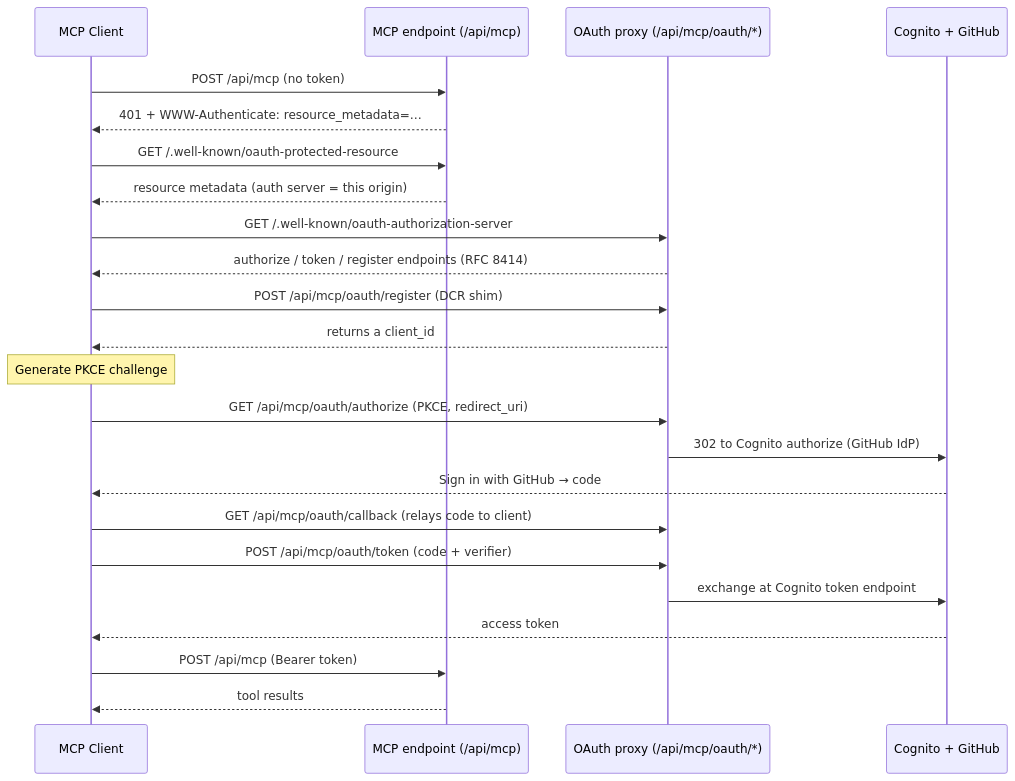
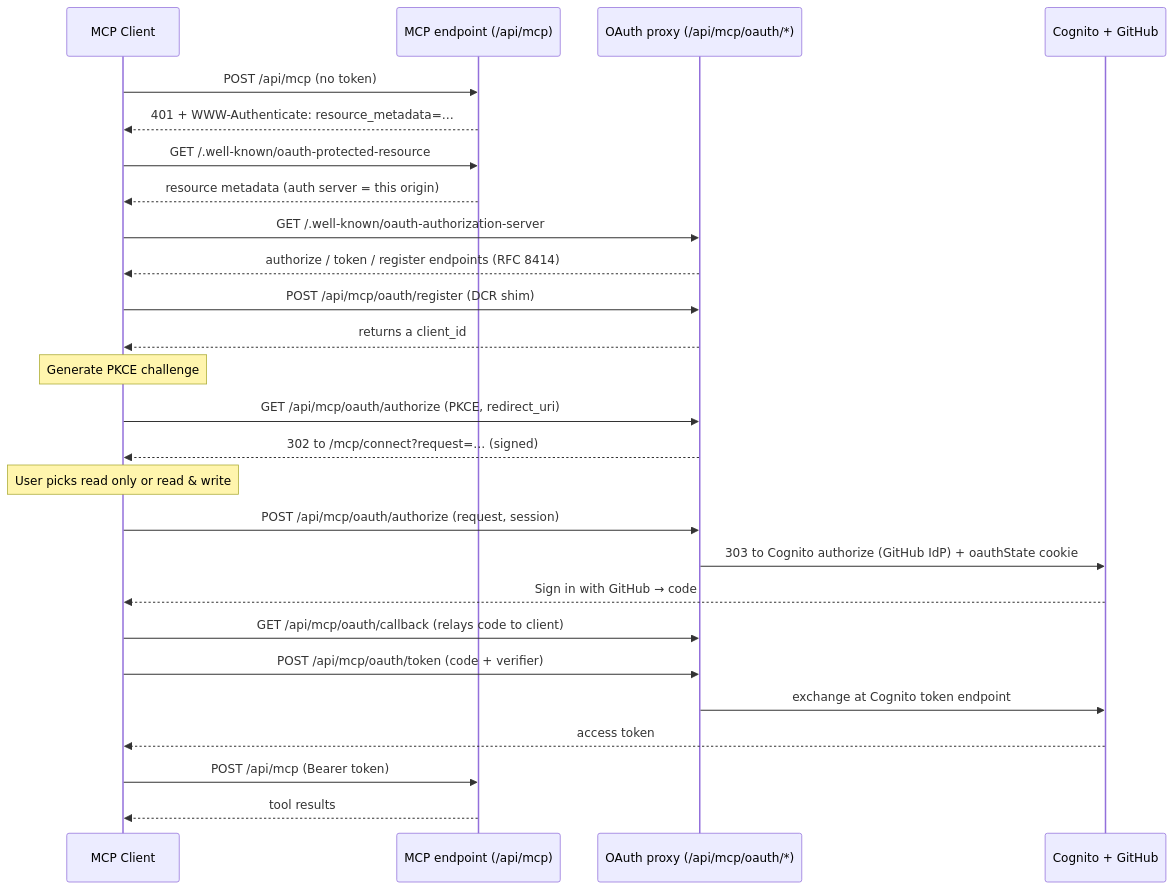
The diagram in apps/docs/docs/technical/mcp-server.md (Mi3-14159/GitGazer), drawn with Mermaid before and after one commit. The commit also changed other lines of this file and 32 other files, not shown here.

First line of the commit message:
feat: let mcp clients choose a read-only or read & write session (#1927)

````diff
--- a/apps/docs/docs/technical/mcp-server.md
+++ b/apps/docs/docs/technical/mcp-server.md
@@ -52,26 +52,29 @@
 ```mermaid
 sequenceDiagram
     participant C as MCP Client
     participant M as MCP endpoint (/api/mcp)
     participant P as OAuth proxy (/api/mcp/oauth/*)
     participant Cog as Cognito + GitHub
 
     C->>M: POST /api/mcp (no token)
     M-->>C: 401 + WWW-Authenticate: resource_metadata=…
     C->>M: GET /.well-known/oauth-protected-resource
     M-->>C: resource metadata (auth server = this origin)
     C->>P: GET /.well-known/oauth-authorization-server
     P-->>C: authorize / token / register endpoints (RFC 8414)
     C->>P: POST /api/mcp/oauth/register (DCR shim)
     P-->>C: returns a client_id
     Note over C: Generate PKCE challenge
     C->>P: GET /api/mcp/oauth/authorize (PKCE, redirect_uri)
-    P->>Cog: 302 to Cognito authorize (GitHub IdP)
+    P-->>C: 302 to /mcp/connect?request=… (signed)
+    Note over C: User picks read only or read & write
+    C->>P: POST /api/mcp/oauth/authorize (request, session)
+    P->>Cog: 303 to Cognito authorize (GitHub IdP) + oauthState cookie
     Cog-->>C: Sign in with GitHub → code
     C->>P: GET /api/mcp/oauth/callback (relays code to client)
     C->>P: POST /api/mcp/oauth/token (code + verifier)
     P->>Cog: exchange at Cognito token endpoint
     Cog-->>C: access token
     C->>M: POST /api/mcp (Bearer token)
     M-->>C: tool results
 ```
````
